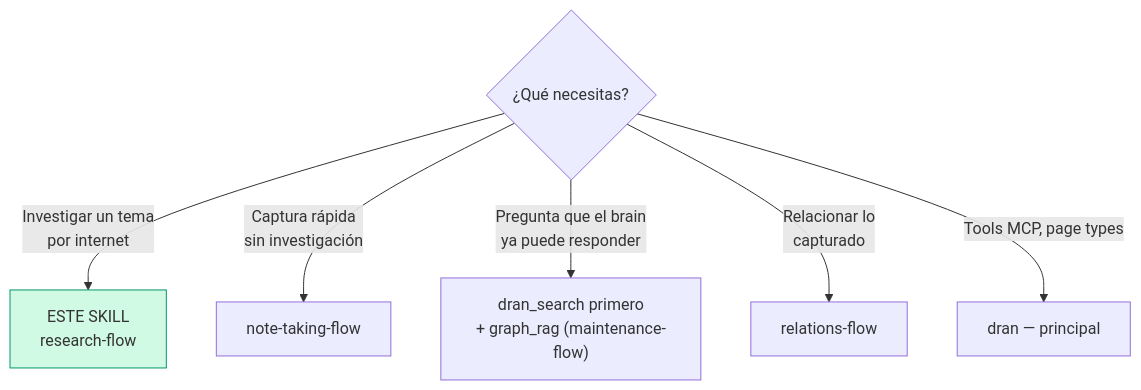
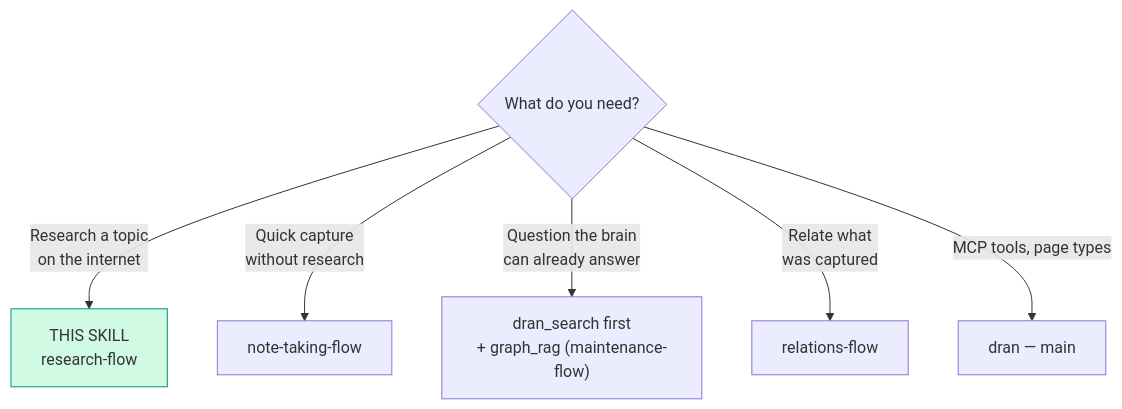
The first of 2 diagrams in skills/research-flow/SKILL.md (alvarolizama/dran), drawn with Mermaid before and after one commit. The commit also changed other lines of this file and 11 other files, not shown here.

Commit message:
feat: traducir skills de dran al inglés (9 flows + dran + references)

````diff
--- a/skills/research-flow/SKILL.md
+++ b/skills/research-flow/SKILL.md
@@ -21,10 +21,10 @@
 ```mermaid
 flowchart TD
-  Q{¿Qué necesitas?} -->|"Investigar un tema\npor internet"| SELF["ESTE SKILL\nresearch-flow"]
-  Q -->|"Captura rápida\nsin investigación"| NTF[note-taking-flow]
-  Q -->|"Pregunta que el brain\nya puede responder"| RAG["dran_search primero\n+ graph_rag (maintenance-flow)"]
-  Q -->|"Relacionar lo\ncapturado"| RLF[relations-flow]
-  Q -->|"Tools MCP, page types"| D[dran — principal]
+  Q{What do you need?} -->|"Research a topic\non the internet"| SELF["THIS SKILL\nresearch-flow"]
+  Q -->|"Quick capture\nwithout research"| NTF[note-taking-flow]
+  Q -->|"Question the brain\ncan already answer"| RAG["dran_search first\n+ graph_rag (maintenance-flow)"]
+  Q -->|"Relate what\nwas captured"| RLF[relations-flow]
+  Q -->|"MCP tools, page types"| D[dran — main]
 
   style SELF fill:#d1fae5,stroke:#059669
 ```
````
